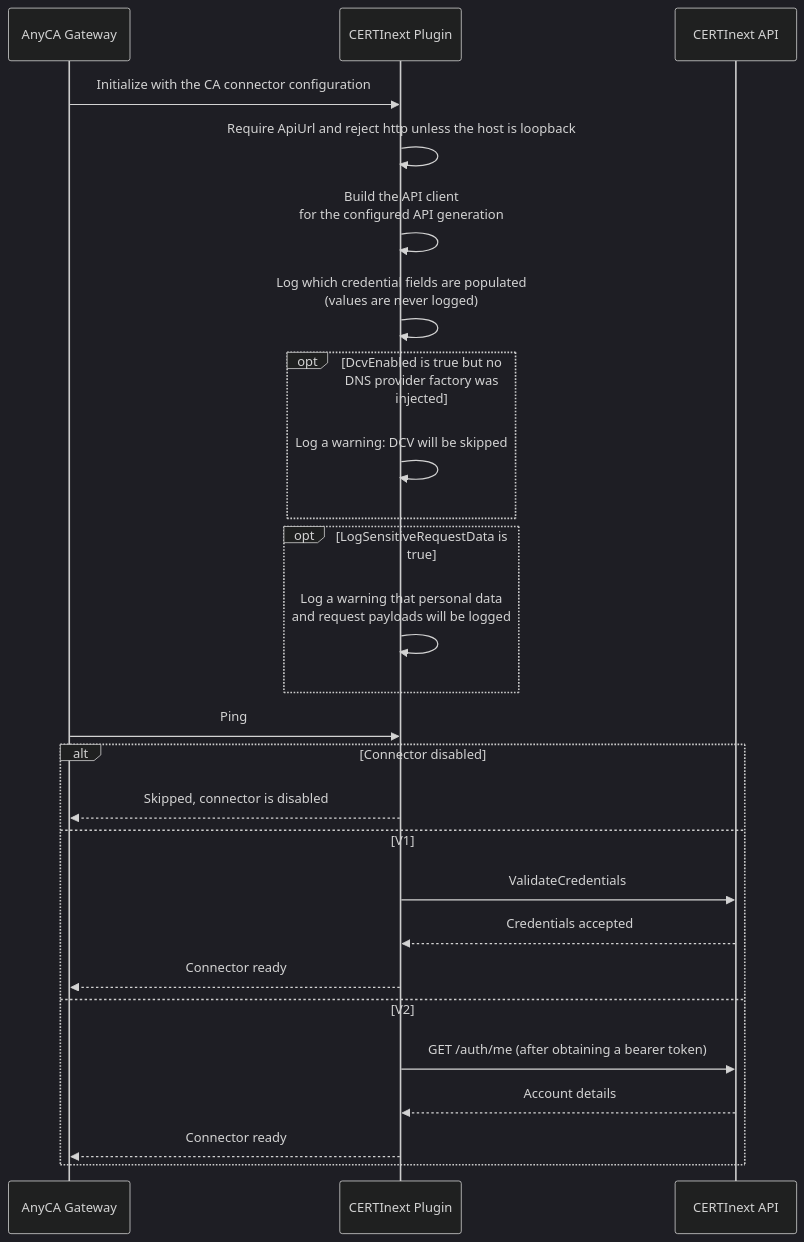
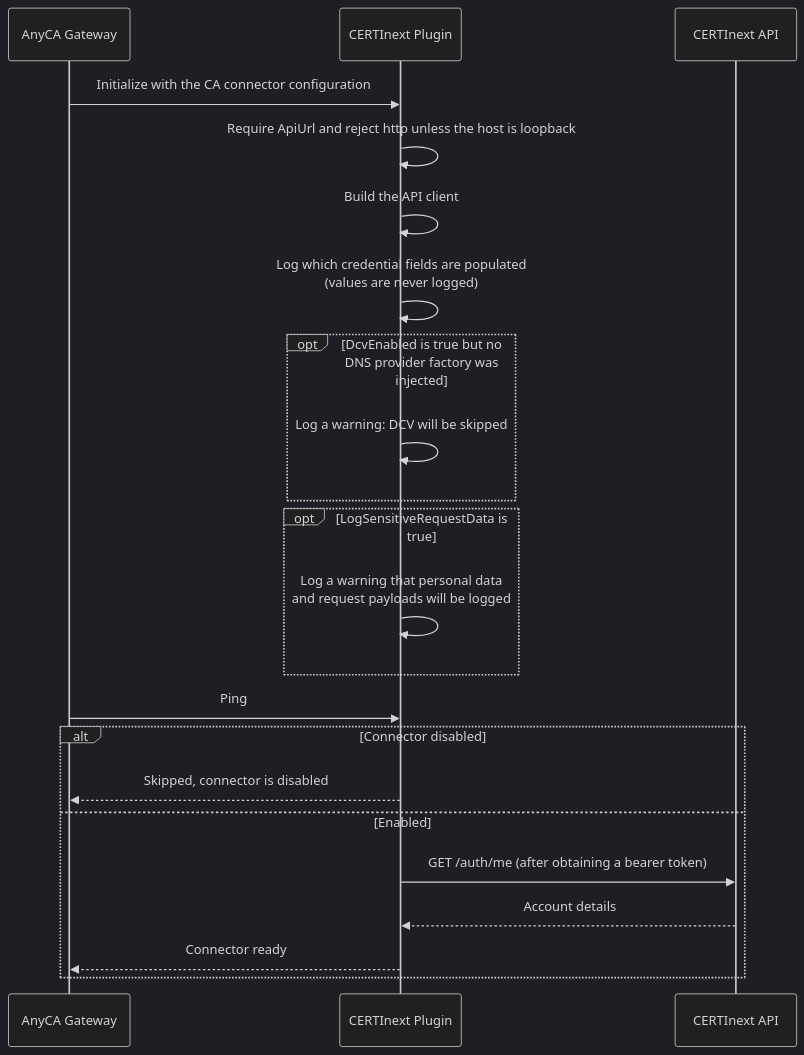
Before and after one commit to Keyfactor/certinext-caplugin: the first of 6 diagrams in docsource/architecture.md, drawn with Mermaid (dark theme). The commit also changed other lines of this file and 9 other files, not shown here.

````diff
--- a/docsource/architecture.md
+++ b/docsource/architecture.md
@@ -92,29 +57,25 @@
 ```mermaid
 sequenceDiagram
     participant GW as AnyCA Gateway
     participant Plugin as CERTInext Plugin
     participant API as CERTInext API
 
     GW->>Plugin: Initialize with the CA connector configuration
     Plugin->>Plugin: Require ApiUrl and reject http unless the host is loopback
-    Plugin->>Plugin: Build the API client<br/>for the configured API generation
+    Plugin->>Plugin: Build the API client
     Plugin->>Plugin: Log which credential fields are populated<br/>(values are never logged)
     opt DcvEnabled is true but no DNS provider factory was injected
         Plugin->>Plugin: Log a warning: DCV will be skipped
     end
     opt LogSensitiveRequestData is true
         Plugin->>Plugin: Log a warning that personal data<br/>and request payloads will be logged
     end
     GW->>Plugin: Ping
     alt Connector disabled
         Plugin-->>GW: Skipped, connector is disabled
-    else V1
-        Plugin->>API: ValidateCredentials
-        API-->>Plugin: Credentials accepted
-        Plugin-->>GW: Connector ready
-    else V2
+    else Enabled
         Plugin->>API: GET /auth/me (after obtaining a bearer token)
         API-->>Plugin: Account details
         Plugin-->>GW: Connector ready
     end
 ```
````
